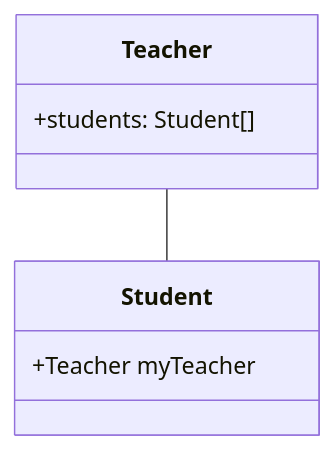
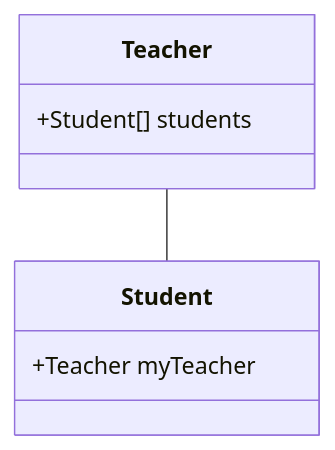
One commit to sl4shuur/obs-notes-digitalgarden changed the diagram in src/site/notes/hello.md. Above: the diagram before and after it, drawn with Mermaid. The commit also changed other lines of this file, not shown here.

Commit message:
Update content src/site/notes/hello.md

````diff
--- a/src/site/notes/hello.md
+++ b/src/site/notes/hello.md
@@ -10,11 +10,11 @@
 ```mermaid
 classDiagram
     Teacher -- Student
 
     class Student{
         +Teacher myTeacher
     }
     class Teacher{
-        +students: Student[]
+        +Student[] students
     }
 ```
````
